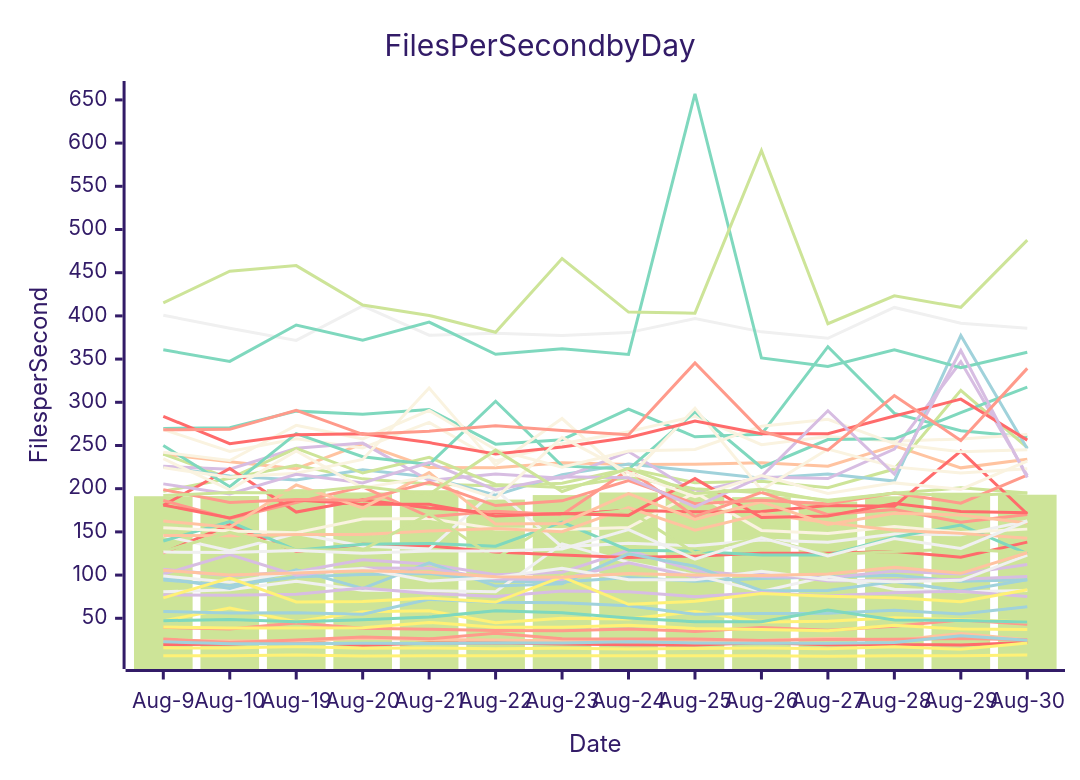
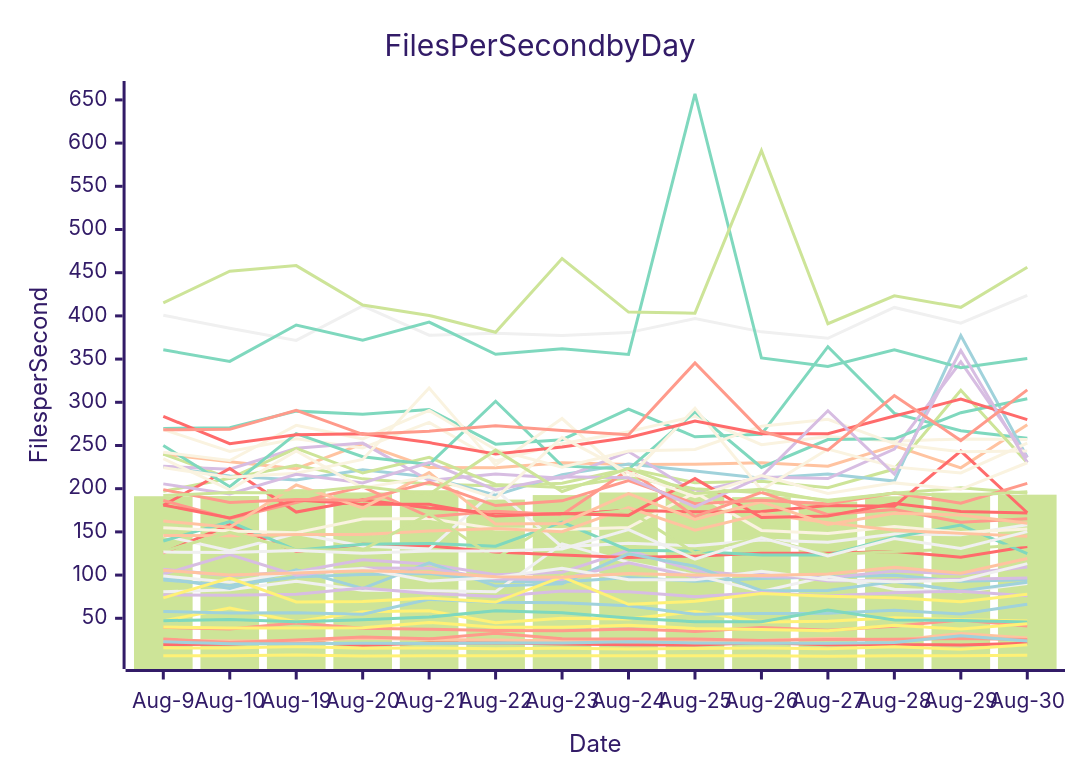
The diagram in perf-report.md (streetsidesoftware/cspell), drawn with Mermaid (forest theme) before and after one commit. The commit also changed other lines of this file and 2 other files, not shown here.

````diff
--- a/perf-report.md
+++ b/perf-report.md
@@ -11,57 +11,57 @@
 ```mermaid
 xychart-beta
     title Files Per Second by Day
     y-axis Files per Second
     x-axis Date [Aug-9, Aug-10, Aug-19, Aug-20, Aug-21, Aug-22, Aug-23, Aug-24, Aug-25, Aug-26, Aug-27, Aug-28, Aug-29, Aug-30]
-    bar [191.27, 191.48, 199.45, 195.67, 198.22, 187.40, 192.61, 195.61, 200.69, 190.24, 185.15, 191.23, 195.37, 193.02]
-    line [19.76, 19.87, 23.15, 18.80, 21.30, 21.70, 20.11, 19.24, 18.97, 21.74, 19.44, 19.50, 19.20, 21.97]
-    line [94.45, 88.13, 97.66, 100.71, 101.93, 92.80, 92.11, 97.07, 92.83, 96.14, 97.78, 99.79, 92.99, 94.50]
-    line [106.66, 99.38, 103.80, 117.71, 112.47, 100.50, 103.30, 128.71, 104.89, 98.28, 96.78, 104.60, 101.13, 112.32]
-    line [80.61, 83.15, 92.81, 82.44, 81.86, 80.75, 136.22, 114.72, 99.92, 81.00, 98.60, 83.62, 80.81, 82.21]
-    line [239.79, 231.09, 223.10, 252.00, 224.60, 224.17, 230.06, 227.93, 228.22, 229.99, 225.97, 249.68, 224.12, 234.20]
-    line [269.81, 270.47, 289.77, 286.14, 291.59, 251.52, 256.69, 292.19, 260.02, 262.94, 364.38, 287.21, 267.07, 259.91]
-    line [39.52, 37.52, 44.46, 38.46, 37.42, 35.96, 35.65, 37.61, 34.82, 39.47, 36.12, 40.86, 48.01, 43.05]
-    line [268.54, 243.09, 257.77, 247.18, 276.72, 232.23, 252.08, 266.01, 283.94, 251.01, 260.27, 254.92, 257.60, 262.77]
-    line [6.78, 6.60, 7.51, 6.38, 6.72, 6.55, 6.77, 6.55, 6.58, 6.64, 6.06, 6.53, 6.57, 7.63]
-    line [240.17, 211.99, 227.00, 211.38, 205.51, 203.10, 206.43, 223.33, 206.89, 208.72, 201.20, 222.72, 313.85, 247.59]
-    line [125.68, 158.27, 127.25, 135.61, 133.76, 126.70, 123.28, 120.42, 121.90, 125.42, 125.26, 127.33, 120.64, 138.14]
-    line [225.24, 214.74, 210.02, 221.88, 213.58, 192.56, 216.27, 228.68, 220.47, 211.98, 216.89, 208.83, 377.28, 246.28]
-    line [225.91, 222.58, 246.74, 252.74, 209.47, 217.12, 212.13, 242.98, 195.81, 213.43, 211.78, 245.83, 346.89, 215.16]
-    line [145.75, 128.32, 148.05, 133.76, 130.09, 198.58, 132.66, 136.89, 133.84, 140.74, 138.14, 147.54, 146.55, 162.58]
-    line [24.65, 23.72, 23.68, 26.94, 25.51, 24.79, 23.76, 23.53, 22.75, 24.32, 26.78, 24.44, 32.43, 25.22]
-    line [139.45, 161.93, 128.87, 135.71, 136.66, 133.36, 161.38, 128.87, 127.62, 123.35, 123.11, 143.71, 157.94, 124.83]
-    line [25.95, 22.03, 24.86, 28.29, 26.21, 32.71, 26.20, 26.09, 26.00, 24.43, 25.37, 25.72, 26.51, 25.21]
-    line [154.75, 150.93, 149.02, 164.86, 165.64, 153.35, 152.64, 155.02, 195.52, 151.70, 148.17, 156.31, 149.39, 153.20]
-    line [15.80, 15.53, 17.25, 15.28, 15.49, 14.84, 15.46, 14.39, 15.01, 15.63, 14.69, 17.08, 14.10, 21.43]
-    line [196.97, 211.99, 246.59, 218.10, 236.31, 204.94, 201.38, 212.81, 200.01, 195.34, 186.50, 194.59, 201.00, 194.92]
-    line [180.75, 223.35, 172.94, 187.16, 177.68, 172.01, 170.49, 175.09, 173.22, 173.59, 180.48, 179.74, 243.56, 170.74]
-    line [96.93, 84.41, 106.12, 84.61, 114.12, 87.31, 89.99, 124.55, 110.24, 81.92, 82.24, 92.49, 81.67, 94.52]
-    line [77.16, 76.75, 77.91, 84.91, 78.76, 75.34, 81.46, 80.77, 74.97, 79.78, 75.90, 79.64, 81.40, 75.23]
-    line [400.74, 385.62, 371.65, 411.46, 377.61, 379.88, 377.18, 380.64, 396.91, 381.52, 374.08, 409.79, 391.59, 385.74]
-    line [145.79, 145.58, 147.10, 147.08, 151.07, 153.94, 150.27, 178.09, 152.08, 170.66, 160.71, 152.01, 148.28, 142.67]
-    line [249.96, 202.34, 263.67, 236.99, 228.06, 301.20, 226.40, 222.40, 289.06, 224.56, 256.87, 257.70, 287.97, 317.50]
-    line [186.27, 165.43, 184.07, 202.12, 167.51, 173.85, 169.85, 221.75, 167.75, 195.90, 170.00, 175.89, 161.05, 170.25]
-    line [224.37, 213.27, 217.89, 233.79, 316.48, 227.32, 281.23, 212.31, 293.11, 198.49, 245.94, 225.24, 218.17, 223.08]
-    line [47.00, 61.84, 45.89, 57.63, 58.67, 44.77, 49.92, 49.06, 57.90, 45.60, 46.71, 50.51, 48.37, 45.83]
-    line [127.47, 149.55, 129.16, 129.10, 170.99, 119.13, 167.47, 175.06, 125.57, 143.51, 123.67, 127.21, 130.16, 125.89]
-    line [181.18, 166.12, 186.93, 181.85, 181.88, 168.34, 171.35, 169.12, 211.70, 166.64, 168.34, 182.86, 173.63, 172.01]
-    line [57.90, 56.15, 56.35, 54.76, 71.89, 68.47, 68.09, 64.39, 54.76, 55.64, 55.71, 59.28, 54.85, 63.39]
-    line [101.07, 123.80, 99.87, 108.06, 107.98, 95.34, 94.96, 114.12, 97.84, 103.09, 93.25, 94.27, 95.28, 98.40]
-    line [98.84, 91.76, 103.43, 107.49, 93.08, 97.11, 107.90, 94.53, 94.47, 104.38, 94.67, 92.38, 93.95, 123.22]
-    line [162.48, 155.40, 204.32, 177.59, 218.64, 159.00, 159.79, 194.26, 164.45, 184.75, 158.60, 171.47, 169.60, 160.38]
-    line [360.76, 347.31, 389.41, 371.89, 392.82, 355.53, 361.83, 355.43, 657.12, 351.25, 341.51, 360.76, 340.11, 358.01]
-    line [198.91, 184.05, 187.41, 186.67, 207.48, 180.49, 185.92, 209.38, 182.67, 186.49, 182.43, 194.97, 183.27, 215.59]
-    line [242.10, 232.62, 273.32, 257.69, 290.62, 245.10, 224.83, 243.49, 245.36, 272.30, 280.33, 252.18, 242.64, 245.12]
-    line [73.60, 96.61, 68.89, 69.48, 73.38, 68.77, 97.84, 66.15, 69.59, 78.77, 75.57, 73.80, 69.15, 83.08]
-    line [415.14, 451.69, 458.22, 412.53, 400.53, 380.98, 466.37, 404.40, 403.18, 591.49, 390.96, 423.25, 409.89, 487.69]
-    line [283.77, 252.09, 262.36, 263.68, 253.37, 240.18, 248.22, 259.20, 278.18, 263.50, 263.68, 284.05, 303.63, 256.20]
-    line [22.84, 20.59, 20.47, 21.22, 20.90, 21.42, 21.40, 22.88, 21.36, 21.22, 21.19, 22.04, 29.75, 24.66]
-    line [205.56, 193.98, 216.67, 206.61, 230.20, 198.53, 213.69, 212.64, 179.07, 214.07, 290.22, 216.81, 359.94, 212.90]
-    line [126.64, 126.17, 128.45, 125.27, 127.94, 127.77, 130.20, 152.67, 118.34, 143.02, 122.15, 142.33, 130.77, 162.53]
-    line [105.46, 100.11, 102.43, 104.89, 103.21, 98.21, 97.36, 101.78, 100.00, 99.58, 101.28, 109.08, 102.06, 125.88]
-    line [47.26, 48.66, 46.00, 48.26, 51.42, 58.83, 56.30, 50.38, 45.97, 45.91, 59.43, 48.16, 47.53, 45.76]
-    line [268.09, 268.70, 290.78, 262.94, 266.60, 272.93, 267.45, 262.37, 345.57, 266.69, 244.68, 307.76, 255.74, 339.26]
-    line [234.76, 198.61, 243.75, 200.90, 213.71, 188.91, 259.37, 218.53, 190.79, 215.33, 194.36, 206.72, 199.24, 232.00]
-    line [39.98, 38.63, 38.64, 39.11, 45.24, 39.50, 39.66, 42.07, 38.23, 36.94, 35.58, 41.81, 37.53, 36.89]
-    line [192.03, 195.48, 194.87, 202.54, 193.62, 244.63, 196.70, 223.56, 194.58, 199.46, 185.25, 194.89, 191.72, 195.04]
+    bar [191.27, 191.48, 199.45, 195.67, 198.22, 187.40, 192.61, 195.61, 200.69, 190.24, 185.15, 191.23, 195.37, 193.07]
+    line [19.76, 19.87, 23.15, 18.80, 21.30, 21.70, 20.11, 19.24, 18.97, 21.74, 19.44, 19.50, 19.20, 21.11]
+    line [94.45, 88.13, 97.66, 100.71, 101.93, 92.80, 92.11, 97.07, 92.83, 96.14, 97.78, 99.79, 92.99, 94.51]
+    line [106.66, 99.38, 103.80, 117.71, 112.47, 100.50, 103.30, 128.71, 104.89, 98.28, 96.78, 104.60, 101.13, 109.36]
+    line [80.61, 83.15, 92.81, 82.44, 81.86, 80.75, 136.22, 114.72, 99.92, 81.00, 98.60, 83.62, 80.81, 90.17]
+    line [239.79, 231.09, 223.10, 252.00, 224.60, 224.17, 230.06, 227.93, 228.22, 229.99, 225.97, 249.68, 224.12, 274.11]
+    line [269.81, 270.47, 289.77, 286.14, 291.59, 251.52, 256.69, 292.19, 260.02, 262.94, 364.38, 287.21, 267.07, 258.44]
+    line [39.52, 37.52, 44.46, 38.46, 37.42, 35.96, 35.65, 37.61, 34.82, 39.47, 36.12, 40.86, 48.01, 41.02]
+    line [268.54, 243.09, 257.77, 247.18, 276.72, 232.23, 252.08, 266.01, 283.94, 251.01, 260.27, 254.92, 257.60, 257.07]
+    line [6.78, 6.60, 7.51, 6.38, 6.72, 6.55, 6.77, 6.55, 6.58, 6.64, 6.06, 6.53, 6.57, 7.29]
+    line [240.17, 211.99, 227.00, 211.38, 205.51, 203.10, 206.43, 223.33, 206.89, 208.72, 201.20, 222.72, 313.85, 230.17]
+    line [125.68, 158.27, 127.25, 135.61, 133.76, 126.70, 123.28, 120.42, 121.90, 125.42, 125.26, 127.33, 120.64, 133.06]
+    line [225.24, 214.74, 210.02, 221.88, 213.58, 192.56, 216.27, 228.68, 220.47, 211.98, 216.89, 208.83, 377.28, 236.35]
+    line [225.91, 222.58, 246.74, 252.74, 209.47, 217.12, 212.13, 242.98, 195.81, 213.43, 211.78, 245.83, 346.89, 235.91]
+    line [145.75, 128.32, 148.05, 133.76, 130.09, 198.58, 132.66, 136.89, 133.84, 140.74, 138.14, 147.54, 146.55, 158.33]
+    line [24.65, 23.72, 23.68, 26.94, 25.51, 24.79, 23.76, 23.53, 22.75, 24.32, 26.78, 24.44, 32.43, 27.16]
+    line [139.45, 161.93, 128.87, 135.71, 136.66, 133.36, 161.38, 128.87, 127.62, 123.35, 123.11, 143.71, 157.94, 124.91]
+    line [25.95, 22.03, 24.86, 28.29, 26.21, 32.71, 26.20, 26.09, 26.00, 24.43, 25.37, 25.72, 26.51, 25.43]
+    line [154.75, 150.93, 149.02, 164.86, 165.64, 153.35, 152.64, 155.02, 195.52, 151.70, 148.17, 156.31, 149.39, 153.30]
+    line [15.80, 15.53, 17.25, 15.28, 15.49, 14.84, 15.46, 14.39, 15.01, 15.63, 14.69, 17.08, 14.10, 19.31]
+    line [196.97, 211.99, 246.59, 218.10, 236.31, 204.94, 201.38, 212.81, 200.01, 195.34, 186.50, 194.59, 201.00, 194.59]
+    line [180.75, 223.35, 172.94, 187.16, 177.68, 172.01, 170.49, 175.09, 173.22, 173.59, 180.48, 179.74, 243.56, 172.13]
+    line [96.93, 84.41, 106.12, 84.61, 114.12, 87.31, 89.99, 124.55, 110.24, 81.92, 82.24, 92.49, 81.67, 91.81]
+    line [77.16, 76.75, 77.91, 84.91, 78.76, 75.34, 81.46, 80.77, 74.97, 79.78, 75.90, 79.64, 81.40, 76.15]
+    line [400.74, 385.62, 371.65, 411.46, 377.61, 379.88, 377.18, 380.64, 396.91, 381.52, 374.08, 409.79, 391.59, 423.86]
+    line [145.79, 145.58, 147.10, 147.08, 151.07, 153.94, 150.27, 178.09, 152.08, 170.66, 160.71, 152.01, 148.28, 144.95]
+    line [249.96, 202.34, 263.67, 236.99, 228.06, 301.20, 226.40, 222.40, 289.06, 224.56, 256.87, 257.70, 287.97, 304.07]
+    line [186.27, 165.43, 184.07, 202.12, 167.51, 173.85, 169.85, 221.75, 167.75, 195.90, 170.00, 175.89, 161.05, 165.11]
+    line [224.37, 213.27, 217.89, 233.79, 316.48, 227.32, 281.23, 212.31, 293.11, 198.49, 245.94, 225.24, 218.17, 252.69]
+    line [47.00, 61.84, 45.89, 57.63, 58.67, 44.77, 49.92, 49.06, 57.90, 45.60, 46.71, 50.51, 48.37, 46.96]
+    line [127.47, 149.55, 129.16, 129.10, 170.99, 119.13, 167.47, 175.06, 125.57, 143.51, 123.67, 127.21, 130.16, 135.32]
+    line [181.18, 166.12, 186.93, 181.85, 181.88, 168.34, 171.35, 169.12, 211.70, 166.64, 168.34, 182.86, 173.63, 171.74]
+    line [57.90, 56.15, 56.35, 54.76, 71.89, 68.47, 68.09, 64.39, 54.76, 55.64, 55.71, 59.28, 54.85, 66.27]
+    line [101.07, 123.80, 99.87, 108.06, 107.98, 95.34, 94.96, 114.12, 97.84, 103.09, 93.25, 94.27, 95.28, 96.69]
+    line [98.84, 91.76, 103.43, 107.49, 93.08, 97.11, 107.90, 94.53, 94.47, 104.38, 94.67, 92.38, 93.95, 113.24]
+    line [162.48, 155.40, 204.32, 177.59, 218.64, 159.00, 159.79, 194.26, 164.45, 184.75, 158.60, 171.47, 169.60, 160.03]
+    line [360.76, 347.31, 389.41, 371.89, 392.82, 355.53, 361.83, 355.43, 657.12, 351.25, 341.51, 360.76, 340.11, 350.62]
+    line [198.91, 184.05, 187.41, 186.67, 207.48, 180.49, 185.92, 209.38, 182.67, 186.49, 182.43, 194.97, 183.27, 206.19]
+    line [242.10, 232.62, 273.32, 257.69, 290.62, 245.10, 224.83, 243.49, 245.36, 272.30, 280.33, 252.18, 242.64, 243.56]
+    line [73.60, 96.61, 68.89, 69.48, 73.38, 68.77, 97.84, 66.15, 69.59, 78.77, 75.57, 73.80, 69.15, 77.78]
+    line [415.14, 451.69, 458.22, 412.53, 400.53, 380.98, 466.37, 404.40, 403.18, 591.49, 390.96, 423.25, 409.89, 456.41]
+    line [283.77, 252.09, 262.36, 263.68, 253.37, 240.18, 248.22, 259.20, 278.18, 263.50, 263.68, 284.05, 303.63, 279.94]
+    line [22.84, 20.59, 20.47, 21.22, 20.90, 21.42, 21.40, 22.88, 21.36, 21.22, 21.19, 22.04, 29.75, 23.68]
+    line [205.56, 193.98, 216.67, 206.61, 230.20, 198.53, 213.69, 212.64, 179.07, 214.07, 290.22, 216.81, 359.94, 230.44]
+    line [126.64, 126.17, 128.45, 125.27, 127.94, 127.77, 130.20, 152.67, 118.34, 143.02, 122.15, 142.33, 130.77, 150.29]
+    line [105.46, 100.11, 102.43, 104.89, 103.21, 98.21, 97.36, 101.78, 100.00, 99.58, 101.28, 109.08, 102.06, 119.25]
+    line [47.26, 48.66, 46.00, 48.26, 51.42, 58.83, 56.30, 50.38, 45.97, 45.91, 59.43, 48.16, 47.53, 45.73]
+    line [268.09, 268.70, 290.78, 262.94, 266.60, 272.93, 267.45, 262.37, 345.57, 266.69, 244.68, 307.76, 255.74, 314.42]
+    line [234.76, 198.61, 243.75, 200.90, 213.71, 188.91, 259.37, 218.53, 190.79, 215.33, 194.36, 206.72, 199.24, 230.04]
+    line [39.98, 38.63, 38.64, 39.11, 45.24, 39.50, 39.66, 42.07, 38.23, 36.94, 35.58, 41.81, 37.53, 43.79]
+    line [192.03, 195.48, 194.87, 202.54, 193.62, 244.63, 196.70, 223.56, 194.58, 199.46, 185.25, 194.89, 191.72, 196.44]
 ```
````
